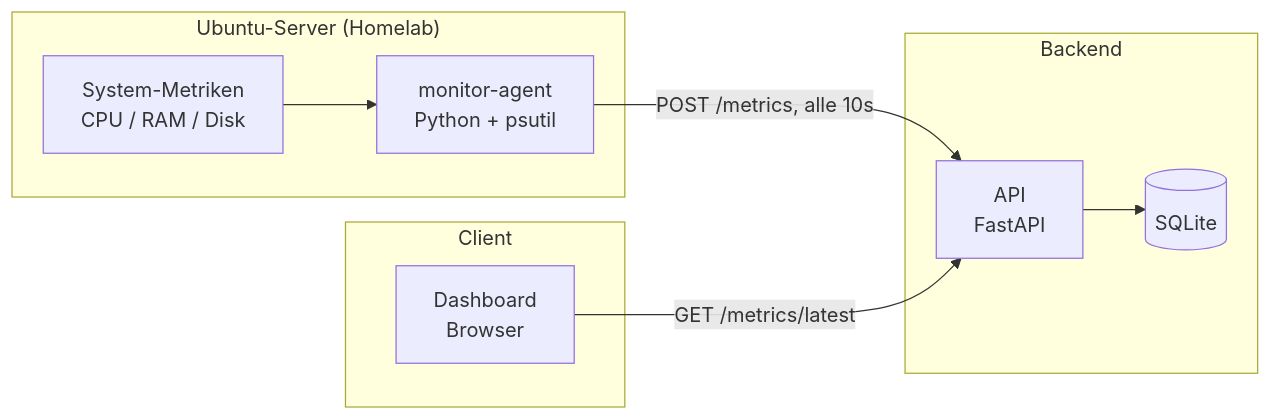
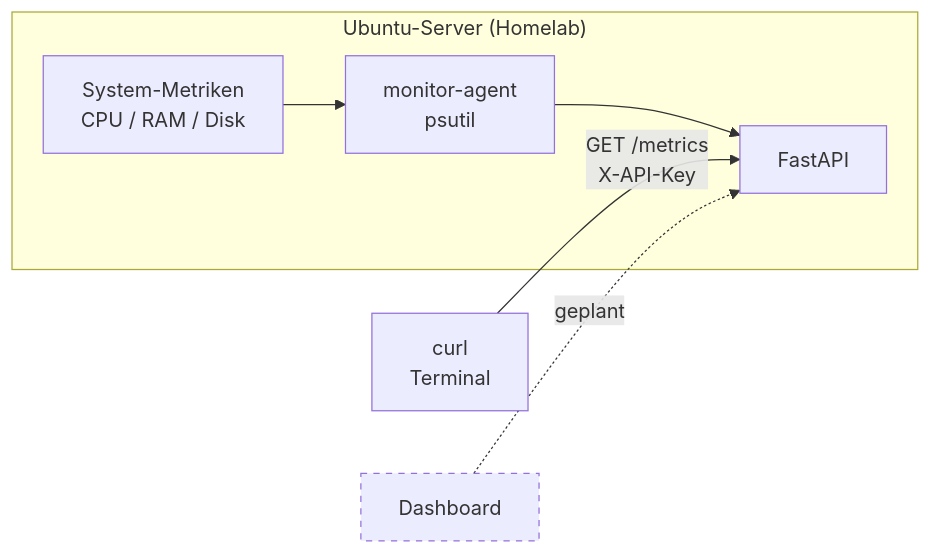
One commit to headnutAi/secure-homelab changed the diagram in README.md. Above: the diagram before and after it, drawn with Mermaid.

Commit message:
Revise monitoring architecture flowchart in README
Updated the flowchart in the README to reflect changes in the monitoring architecture and removed unnecessary components.

````diff
--- a/README.md
+++ b/README.md
@@ -30,21 +30,15 @@
 ```mermaid
 flowchart LR
     subgraph host["Ubuntu-Server (Homelab)"]
         os["System-Metriken<br/>CPU / RAM / Disk"]
-        agent["monitor-agent<br/>Python + psutil"]
-        os --> agent
+        agent["monitor-agent<br/>psutil"]
+        api["FastAPI"]
+        os --> agent --> api
     end
 
-    subgraph backend["Backend"]
-        api["API<br/>FastAPI"]
-        store[("SQLite")]
-        api --> store
-    end
+    curl["curl<br/>Terminal"] -->|"GET /metrics<br/>X-API-Key"| api
 
-    subgraph client["Client"]
-        dash["Dashboard<br/>Browser"]
-    end
+    dash["Dashboard"] -.->|geplant| api
 
-    agent -->|"POST /metrics, alle 10s"| api
-    dash -->|"GET /metrics/latest"| api
+    style dash stroke-dasharray: 5 5
 ```
````
